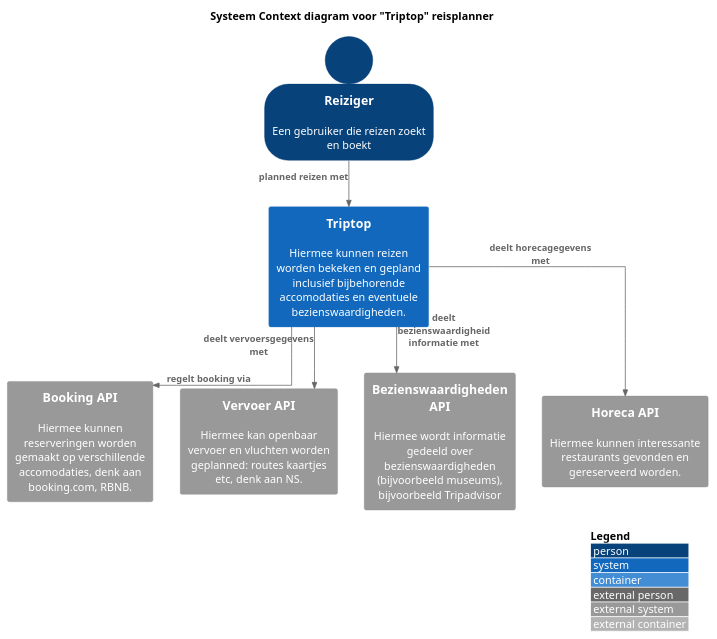
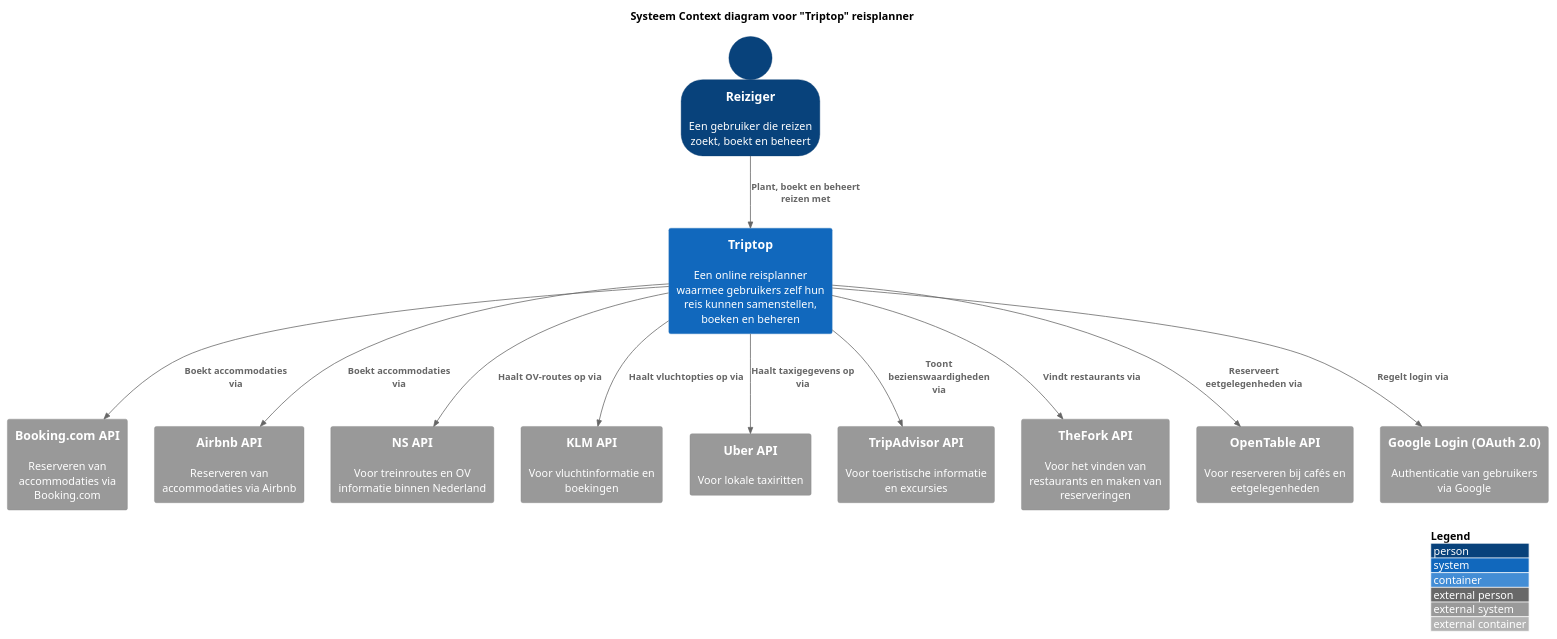
One commit to AIM-ENE-feb25/triptop-groep-4-afscheidscadeau-voor-juf-kim changed the diagram in opdracht-diagrammen/Context Diagram.puml. Above: the diagram before and after it, drawn with PlantUML.

Commit message:
Update Context diagram
Moet iemand nog een keer over lezen van als hier iets raars nog tussen staat

```diff
--- a/opdracht-diagrammen/Context Diagram.puml
+++ b/opdracht-diagrammen/Context Diagram.puml
@@ -1,31 +1,38 @@
 @startuml C4_Elements
 !include https://raw.githubusercontent.com/plantuml-stdlib/C4-PlantUML/master/C4_Container.puml
 
 title Systeem Context diagram voor "Triptop" reisplanner
 
 SHOW_PERSON_OUTLINE()
 LAYOUT_WITH_LEGEND()
 
-skinparam linetype ortho
-'skinparam ArrowStyle Dashed
+Person(Reiziger, "Reiziger", "Een gebruiker die reizen zoekt, boekt en beheert")
 
-Person(Reiziger, "Reiziger", "Een gebruiker die reizen zoekt en boekt")
+System(TriptopApp, "Triptop", "Een online reisplanner waarmee gebruikers zelf hun reis kunnen samenstellen, boeken en beheren")
 
-System(TriptopApp, "Triptop", "Hiermee kunnen reizen worden bekeken en gepland inclusief bijbehorende accomodaties en eventuele bezienswaardigheden.")
+System_Ext(BookingComAPI, "Booking.com API", "Reserveren van accommodaties via Booking.com")
+System_Ext(AirbnbAPI, "Airbnb API", "Reserveren van accommodaties via Airbnb")
 
-System_Ext(BookingAPI, "Booking API", "Hiermee kunnen reserveringen worden gemaakt op verschillende accomodaties, denk aan booking.com, RBNB.")
+System_Ext(NSAPI, "NS API", "Voor treinroutes en OV informatie binnen Nederland")
+System_Ext(KLMAPI, "KLM API", "Voor vluchtinformatie en boekingen")
+System_Ext(UberAPI, "Uber API", "Voor lokale taxiritten")
 
-System_Ext(VervoerAPI, "Vervoer API", "Hiermee kan openbaar vervoer en vluchten worden geplanned: routes kaartjes etc, denk aan NS.")
+System_Ext(TripAdvisorAPI, "TripAdvisor API", "Voor toeristische informatie en excursies")
 
-System_Ext(BezienswaardigheidAPI, "Bezienswaardigheden API", "Hiermee wordt informatie gedeeld over bezienswaardigheden (bijvoorbeeld museums), bijvoorbeeld Tripadvisor")
+System_Ext(TheForkAPI, "TheFork API", "Voor het vinden van restaurants en maken van reserveringen")
+System_Ext(OpenTableAPI, "OpenTable API", "Voor reserveren bij cafés en eetgelegenheden")
 
-System_Ext(HorecaAPI, "Horeca API", "Hiermee kunnen interessante restaurants gevonden en gereserveerd worden.")
+System_Ext(GoogleLogin, "Google Login (OAuth 2.0)", "Authenticatie van gebruikers via Google")
 
+Rel(Reiziger, TriptopApp, "Plant, boekt en beheert reizen met")
+Rel(TriptopApp, BookingComAPI, "Boekt accommodaties via")
+Rel(TriptopApp, AirbnbAPI, "Boekt accommodaties via")
+Rel(TriptopApp, NSAPI, "Haalt OV-routes op via")
+Rel(TriptopApp, KLMAPI, "Haalt vluchtopties op via")
+Rel(TriptopApp, UberAPI, "Haalt taxigegevens op via")
+Rel(TriptopApp, TripAdvisorAPI, "Toont bezienswaardigheden via")
+Rel(TriptopApp, TheForkAPI, "Vindt restaurants via")
+Rel(TriptopApp, OpenTableAPI, "Reserveert eetgelegenheden via")
+Rel(TriptopApp, GoogleLogin, "Regelt login via")
 
-
-Rel(Reiziger, TriptopApp, "planned reizen met")
-Rel(TriptopApp, BookingAPI, "regelt booking via")
-Rel(TriptopApp, VervoerAPI, "deelt vervoersgegevens met")
-Rel(TriptopApp, BezienswaardigheidAPI, "deelt bezienswaardigheid informatie met")
-Rel(TriptopApp, HorecaAPI, "deelt horecagegevens met")
 @enduml
```
